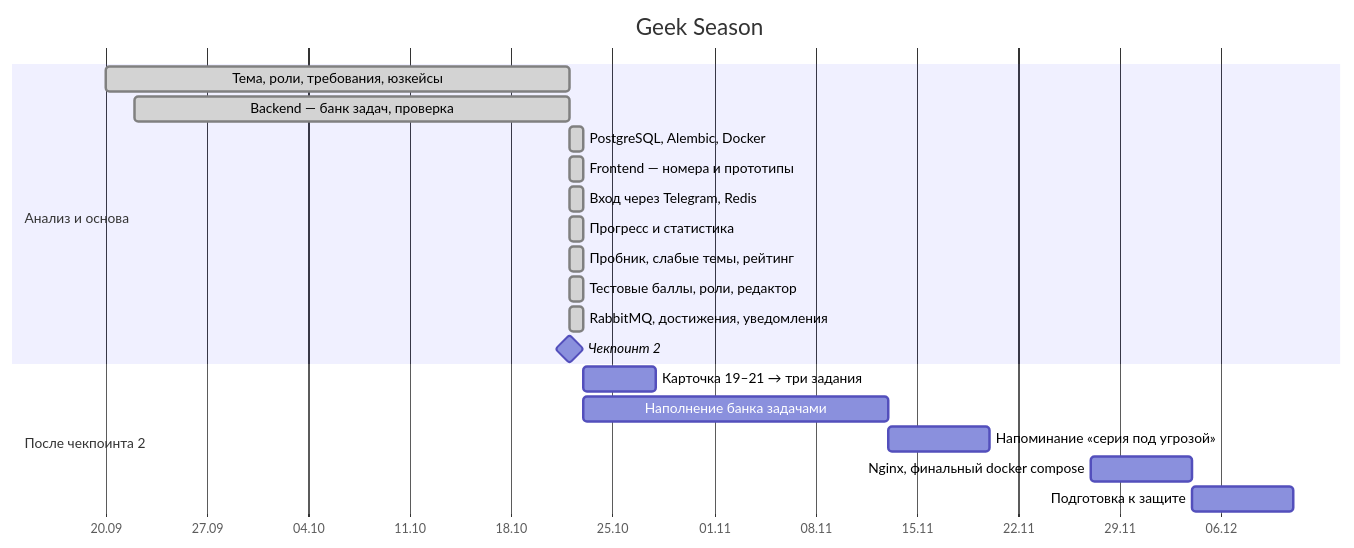
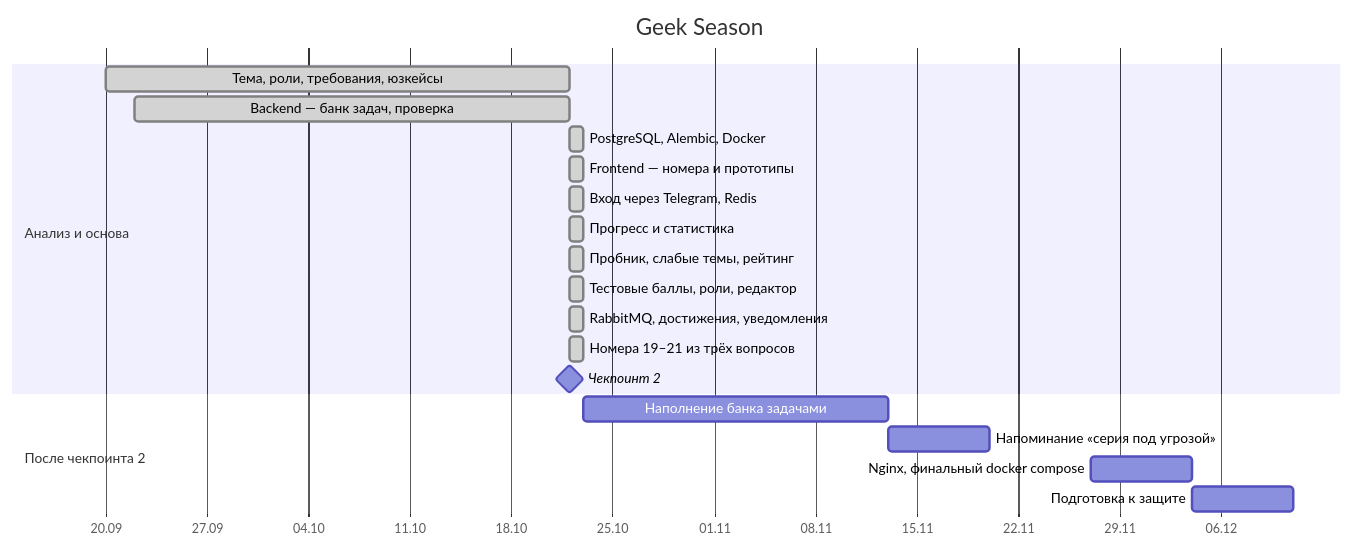
The diagram in plan/roadmap.md (Geek-Season/docs), drawn with Mermaid before and after one commit. The commit also changed 7 other files, not shown here.

````diff
--- a/plan/roadmap.md
+++ b/plan/roadmap.md
@@ -7,25 +7,25 @@
 ```mermaid
 gantt
     title Geek Season
     dateFormat YYYY-MM-DD
     axisFormat %d.%m
 
     section Анализ и основа
     Тема, роли, требования, юзкейсы     :done, a1, 2026-09-20, 2026-10-22
     Backend — банк задач, проверка       :done, a2, 2026-09-22, 2026-10-22
     PostgreSQL, Alembic, Docker          :done, a3, 2026-10-22, 1d
     Frontend — номера и прототипы        :done, a4, 2026-10-22, 1d
     Вход через Telegram, Redis           :done, a5, 2026-10-22, 1d
     Прогресс и статистика                :done, a6, 2026-10-22, 1d
     Пробник, слабые темы, рейтинг        :done, a7, 2026-10-22, 1d
     Тестовые баллы, роли, редактор       :done, a8, 2026-10-22, 1d
     RabbitMQ, достижения, уведомления    :done, a9, 2026-10-22, 1d
+    Номера 19–21 из трёх вопросов        :done, a10, 2026-10-22, 1d
     Чекпоинт 2                           :milestone, m2, 2026-10-22, 0d
 
     section После чекпоинта 2
-    Карточка 19–21 → три задания         :b1, 2026-10-23, 5d
     Наполнение банка задачами            :b2, 2026-10-23, 21d
     Напоминание «серия под угрозой»      :b6, 2026-11-13, 7d
     Nginx, финальный docker compose      :b7, 2026-11-27, 7d
     Подготовка к защите                  :b8, 2026-12-04, 7d
 ```
````
